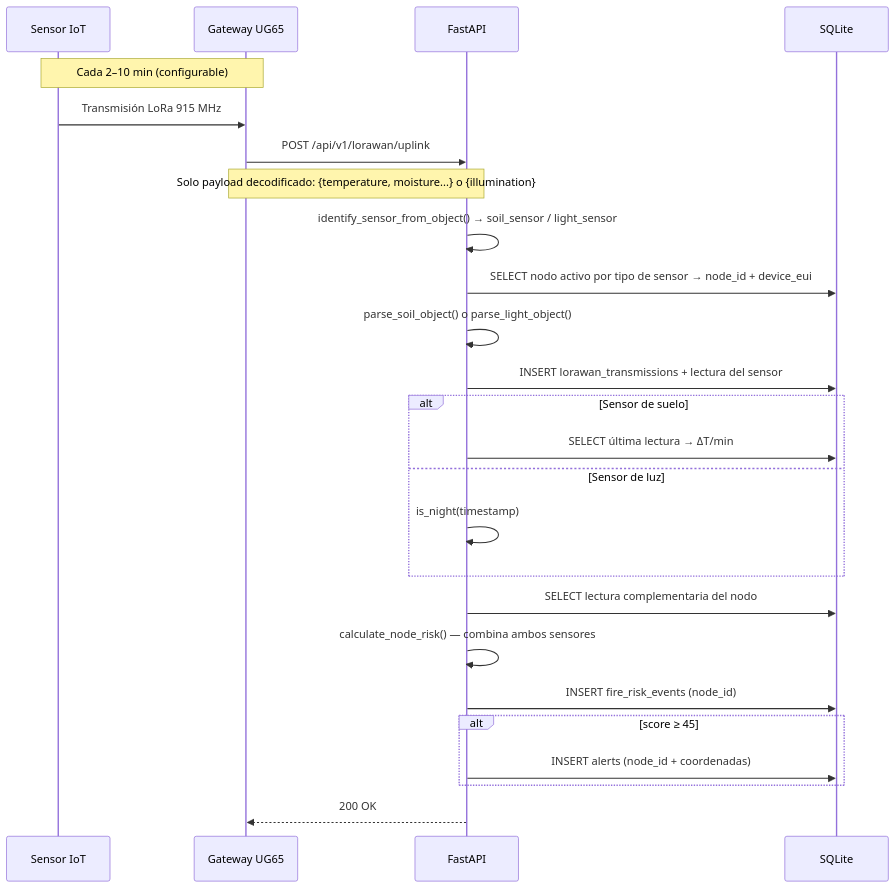
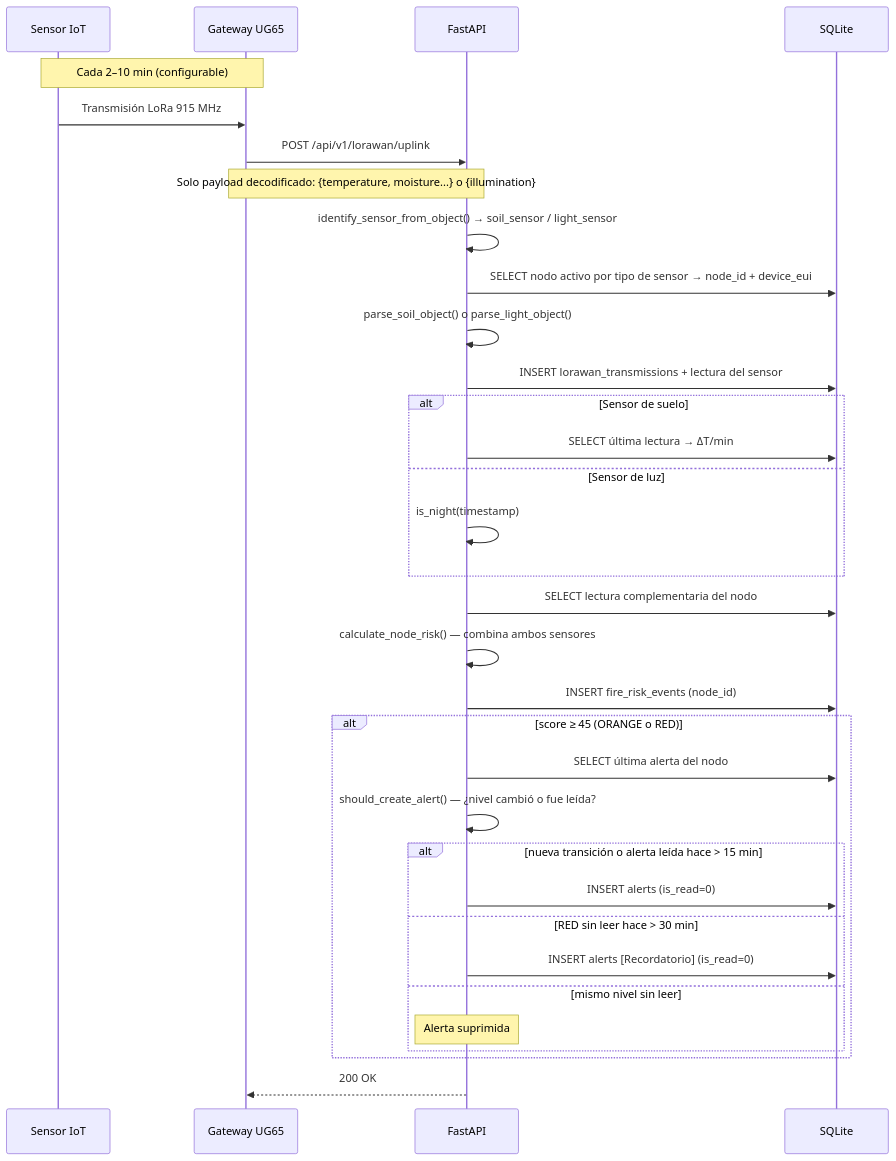
Before and after one commit to jpDLG101/fireZense: the third of 3 diagrams in docs/ARCHITECTURE.md, drawn with Mermaid. The commit also changed other lines of this file and 1 other file, not shown here.

Commit message:
feat: implement alert read status and deduplication logic in architecture and database diagrams

````diff
--- a/docs/ARCHITECTURE.md
+++ b/docs/ARCHITECTURE.md
@@ -99,33 +99,41 @@
 ```mermaid
 sequenceDiagram
     participant S as Sensor IoT
     participant GW as Gateway UG65
     participant API as FastAPI
     participant DB as SQLite
 
     Note over S,GW: Cada 2–10 min (configurable)
     S->>GW: Transmisión LoRa 915 MHz
     GW->>API: POST /api/v1/lorawan/uplink
     Note over GW,API: Solo payload decodificado: {temperature, moisture...} o {illumination}
 
     API->>API: identify_sensor_from_object() → soil_sensor / light_sensor
     API->>DB: SELECT nodo activo por tipo de sensor → node_id + device_eui
     API->>API: parse_soil_object() o parse_light_object()
     API->>DB: INSERT lorawan_transmissions + lectura del sensor
 
     alt Sensor de suelo
         API->>DB: SELECT última lectura → ΔT/min
     else Sensor de luz
         API->>API: is_night(timestamp)
     end
 
     API->>DB: SELECT lectura complementaria del nodo
     API->>API: calculate_node_risk() — combina ambos sensores
     API->>DB: INSERT fire_risk_events (node_id)
 
-    alt score ≥ 45
-        API->>DB: INSERT alerts (node_id + coordenadas)
+    alt score ≥ 45 (ORANGE o RED)
+        API->>DB: SELECT última alerta del nodo
+        API->>API: should_create_alert() — ¿nivel cambió o fue leída?
+        alt nueva transición o alerta leída hace > 15 min
+            API->>DB: INSERT alerts (is_read=0)
+        else RED sin leer hace > 30 min
+            API->>DB: INSERT alerts [Recordatorio] (is_read=0)
+        else mismo nivel sin leer
+            Note over API: Alerta suprimida
+        end
     end
 
     API-->>GW: 200 OK
 ```
````
